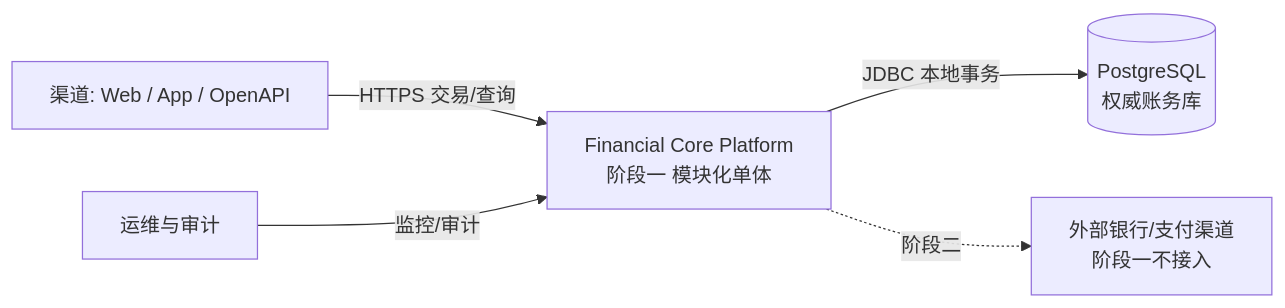
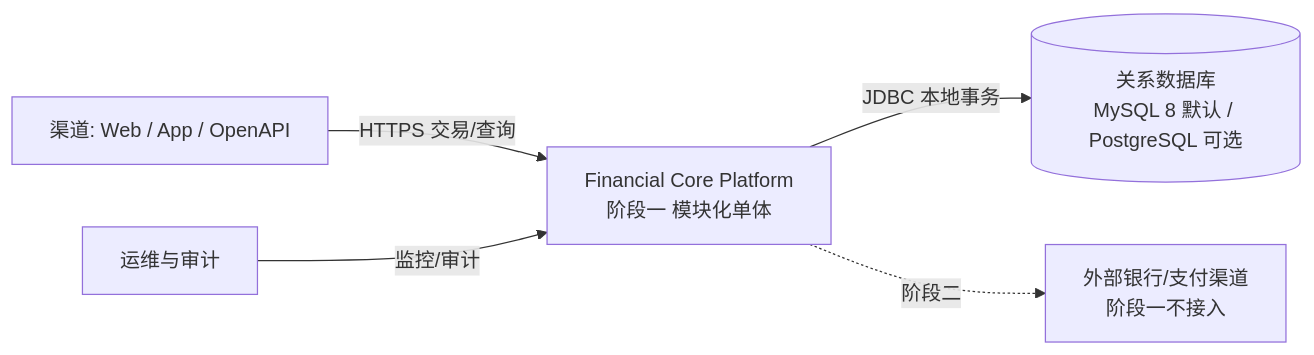
One commit to edidada/financial-core-platform changed the first of 2 diagrams in docs/architecture.md. Above: the diagram before and after it, drawn with Mermaid. The commit also changed other lines of this file and 84 other files, not shown here.

First line of the commit message:
feat: 阶段一金融账务核心实现（Maven 多 module + MySQL 8 / PostgreSQL 双库）

````diff
--- a/docs/architecture.md
+++ b/docs/architecture.md
@@ -13,12 +13,12 @@
 ```mermaid
 graph LR
     Client[渠道: Web / App / OpenAPI]
     Ops[运维与审计]
     FCP[Financial Core Platform<br/>阶段一 模块化单体]
-    DB[(PostgreSQL<br/>权威账务库)]
+    DB[(关系数据库<br/>MySQL 8 默认 / PostgreSQL 可选)]
     Bank[外部银行/支付渠道<br/>阶段一不接入]
     Client -->|HTTPS 交易/查询| FCP
     Ops -->|监控/审计| FCP
     FCP -->|JDBC 本地事务| DB
     FCP -. 阶段二 .-> Bank
 ```
````
